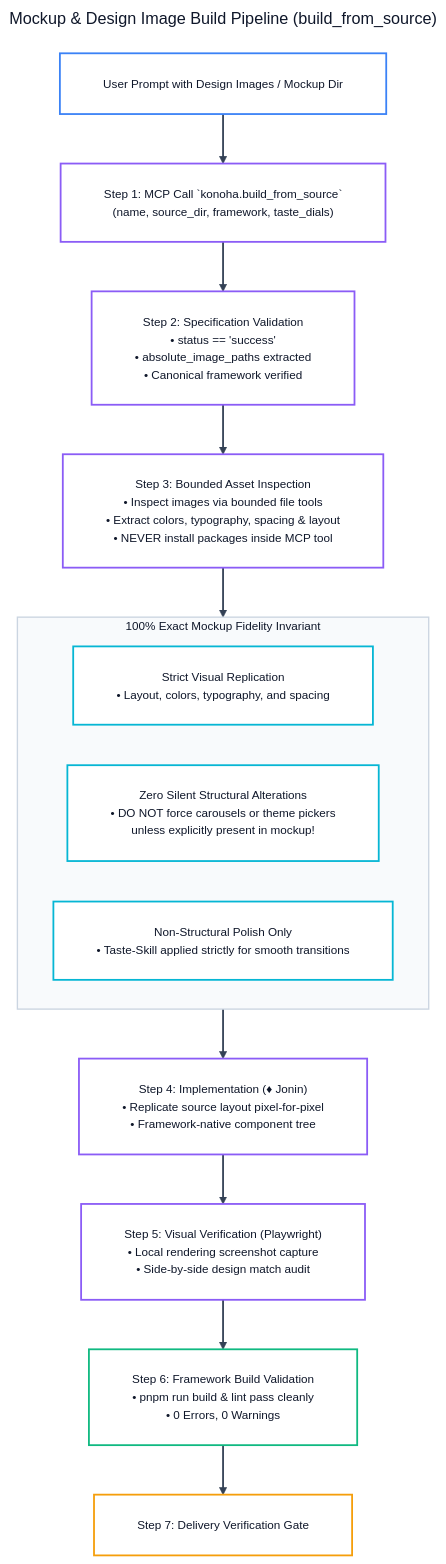
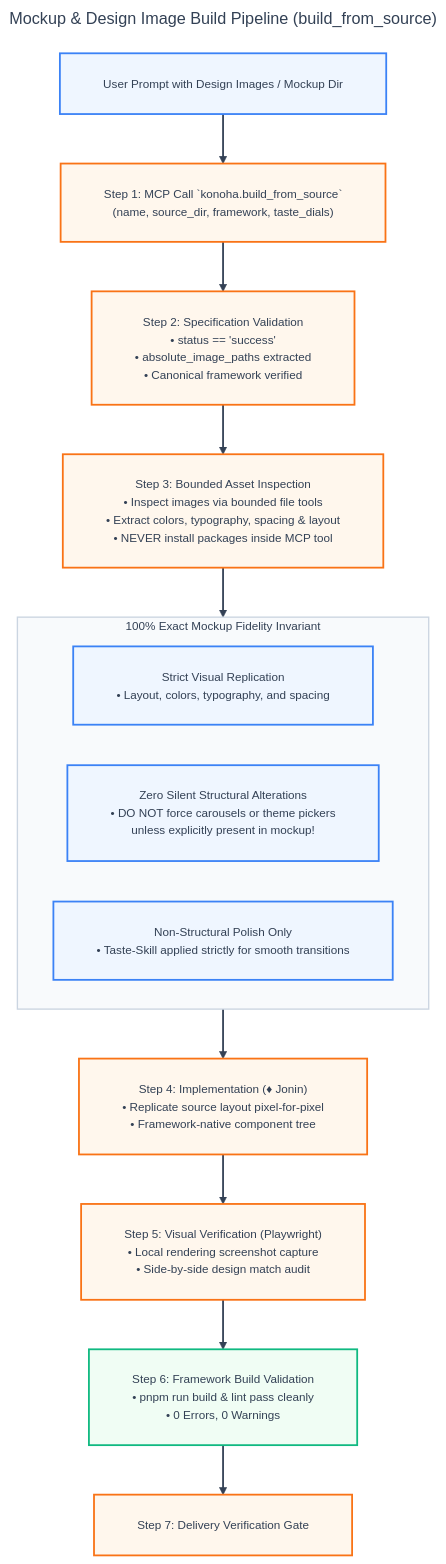
One commit to andycungkrinx91/konoha changed the fifth of 19 diagrams in docs/ALL-WORKFLOW-DIAGRAMS.md. Above: the diagram before and after it, drawn with Mermaid. The commit also changed other lines of this file and 136 other files, not shown here.

````diff
--- a/docs/ALL-WORKFLOW-DIAGRAMS.md
+++ b/docs/ALL-WORKFLOW-DIAGRAMS.md
@@ -316,60 +316,60 @@
 ```mermaid
 ---
 title: Mockup & Design Image Build Pipeline (build_from_source)
 config:
   theme: base
   themeVariables:
     darkMode: false
     background: '#ffffff'
-    mainBkg: '#ffffff'
-    primaryColor: '#ffffff'
-    primaryTextColor: '#0f172a'
+    mainBkg: '#eff6ff'
+    primaryColor: '#eff6ff'
+    primaryTextColor: '#334155'
     primaryBorderColor: '#3b82f6'
     lineColor: '#334155'
     arrowheadColor: '#334155'
     secondaryColor: '#f8fafc'
-    tertiaryColor: '#ffffff'
+    tertiaryColor: '#f0fdf4'
     fontFamily: 'Inter, system-ui, -apple-system, sans-serif'
     fontSize: '13px'
   flowchart:
     nodeSpacing: 45
     rankSpacing: 55
     padding: 24
     wrappingWidth: 380
 ---
 flowchart TD
     SourceDesign["User Prompt with Design Images / Mockup Dir"] --> Step1["Step 1: MCP Call `konoha.build_from_source`<br/>(name, source_dir, framework, taste_dials)"]
     Step1 --> Step2["Step 2: Specification Validation<br/>• status == 'success'<br/>• absolute_image_paths extracted<br/>• Canonical framework verified"]
 
     Step2 --> Step3["Step 3: Bounded Asset Inspection<br/>• Inspect images via bounded file tools<br/>• Extract colors, typography, spacing &amp; layout<br/>• NEVER install packages inside MCP tool"]
 
     subgraph FidelityRule ["100% Exact Mockup Fidelity Invariant"]
         F1["Strict Visual Replication<br/>• Layout, colors, typography, and spacing"]
         F2["Zero Silent Structural Alterations<br/>• DO NOT force carousels or theme pickers<br/>unless explicitly present in mockup!"]
         F3["Non-Structural Polish Only<br/>• Taste-Skill applied strictly for smooth transitions"]
     end
 
     Step3 --> FidelityRule
     FidelityRule --> Step4["Step 4: Implementation (♦ Jonin)<br/>• Replicate source layout pixel-for-pixel<br/>• Framework-native component tree"]
 
     Step4 --> Step5["Step 5: Visual Verification (Playwright)<br/>• Local rendering screenshot capture<br/>• Side-by-side design match audit"]
 
     Step5 --> Step6["Step 6: Framework Build Validation<br/>• pnpm run build &amp; lint pass cleanly<br/>• 0 Errors, 0 Warnings"]
 
     Step6 --> Step7["Step 7: Delivery Verification Gate"]
 
     linkStyle default stroke:#334155,stroke-width:2px;
-    style FidelityRule fill:#f8fafc,stroke:#cbd5e1,stroke-width:1.5px,color:#0f172a;
+    style FidelityRule fill:#f8fafc,stroke:#cbd5e1,stroke-width:1.5px,color:#334155;
 
-    classDef startNode fill:#ffffff,stroke:#3b82f6,color:#0f172a,stroke-width:2px;
-    classDef processNode fill:#ffffff,stroke:#8b5cf6,color:#0f172a,stroke-width:2px;
-    classDef ruleNode fill:#ffffff,stroke:#06b6d4,color:#0f172a,stroke-width:2px;
-    classDef valNode fill:#ffffff,stroke:#10b981,color:#0f172a,stroke-width:2px;
-    classDef gateNode fill:#ffffff,stroke:#f59e0b,color:#0f172a,stroke-width:2px;
+    classDef startNode fill:#eff6ff,stroke:#3b82f6,color:#334155,stroke-width:2px;
+    classDef processNode fill:#fff7ed,stroke:#f97316,color:#334155,stroke-width:2px;
+    classDef ruleNode fill:#eff6ff,stroke:#3b82f6,color:#334155,stroke-width:2px;
+    classDef valNode fill:#f0fdf4,stroke:#10b981,color:#334155,stroke-width:2px;
+    classDef gateNode fill:#fff7ed,stroke:#f97316,color:#334155,stroke-width:2px;
 
     class SourceDesign startNode;
     class Step1,Step2,Step3,Step4,Step5 processNode;
     class F1,F2,F3 ruleNode;
     class Step6 valNode;
     class Step7 gateNode;
 ```
````
